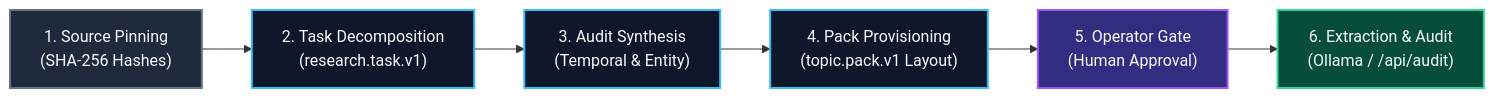
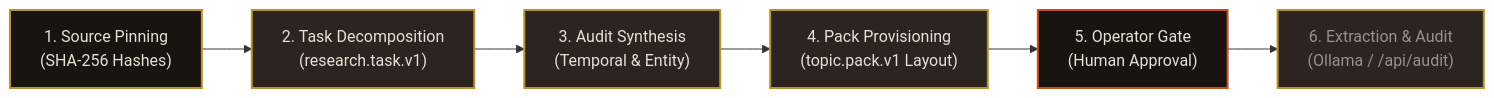
One commit to sorensencc-dotcom/TRM changed the diagram in wiki/Architecture-&-Data-Model.md. Above: the diagram before and after it, drawn with Mermaid. The commit also changed 25 other files, not shown here.

First line of the commit message:
docs(wiki): regenerate diagrams from CIC Industrial tokens (W11)

````diff
--- a/wiki/Architecture-&-Data-Model.md
+++ b/wiki/Architecture-&-Data-Model.md
@@ -56,13 +56,13 @@
 ```mermaid
 flowchart LR
-    classDef inputStyle fill:#1e293b,stroke:#64748b,stroke-width:2px,color:#f8fafc;
-    classDef stageStyle fill:#0f172a,stroke:#38bdf8,stroke-width:2px,color:#f8fafc;
-    classDef gateStyle fill:#312e81,stroke:#a855f7,stroke-width:2px,color:#f8fafc;
-    classDef syncStyle fill:#064e3b,stroke:#34d399,stroke-width:2px,color:#f8fafc;
+    classDef inputStyle fill:#1A1410,stroke:#B8922A,stroke-width:2px,color:#E8E0D4;
+    classDef stageStyle fill:#2C2420,stroke:#B8922A,stroke-width:2px,color:#E8E0D4;
+    classDef gateStyle fill:#1A1410,stroke:#C4501A,stroke-width:2px,color:#E8E0D4;
+    classDef syncStyle fill:#2C2420,stroke:#B8922A,stroke-width:2px,color:#9A9088;
 
     PIN["1. Source Pinning<br/>(SHA-256 Hashes)"]:::inputStyle --> DEC["2. Task Decomposition<br/>(research.task.v1)"]:::stageStyle
     DEC --> AUD_SYN["3. Audit Synthesis<br/>(Temporal & Entity)"]:::stageStyle
     AUD_SYN --> PROV["4. Pack Provisioning<br/>(topic.pack.v1 Layout)"]:::stageStyle
     PROV --> GATE["5. Operator Gate<br/>(Human Approval)"]:::gateStyle
     GATE --> EXEC["6. Extraction & Audit<br/>(Ollama / /api/audit)"]:::syncStyle
 ```
````
